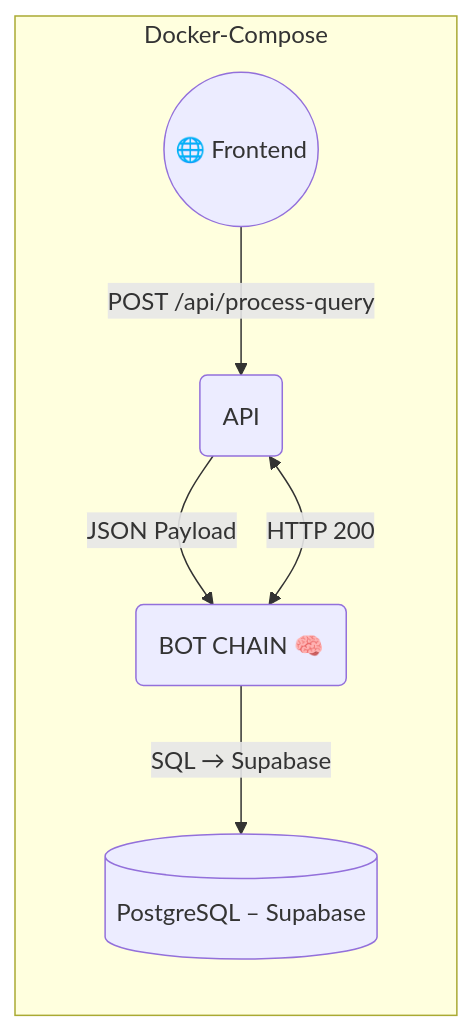
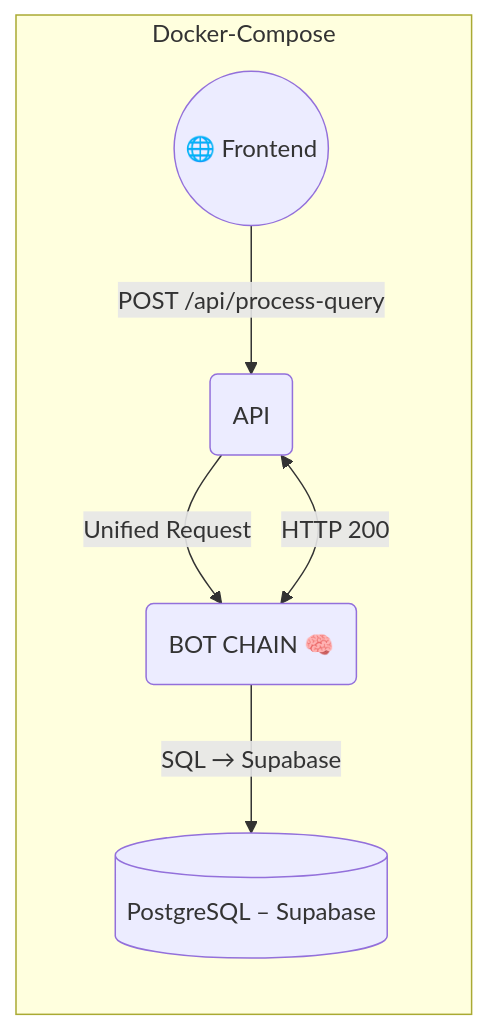
One commit to TomerGutman1/ceci-bot-chain changed the diagram in bot_chain/ARCHITECTURE.md. Above: the diagram before and after it, drawn with Mermaid. The commit also changed other lines of this file and 3 other files, not shown here.

First line of the commit message:
docs: Complete unified architecture documentation update

````diff
--- a/bot_chain/ARCHITECTURE.md
+++ b/bot_chain/ARCHITECTURE.md
@@ -11,9 +26,9 @@
 ```mermaid
 flowchart LR
     subgraph compose[Docker‑Compose]
-        browser((🌐 Frontend)) -->|POST /api/process-query| backend(API)
-        backend -->|JSON Payload| bot_chain(BOT CHAIN 🧠)
-        bot_chain -->|SQL → Supabase| db[(PostgreSQL – Supabase)]
+        browser((🌐 Frontend)) -->|POST /api/process-query| backend(API)
+        backend -->|Unified Request| bot_chain(BOT CHAIN 🧠)
+        bot_chain -->|SQL → Supabase| db[(PostgreSQL – Supabase)]
     end
-    backend <-->|HTTP 200| bot_chain
+    backend <-->|HTTP 200| bot_chain
 ```
````
